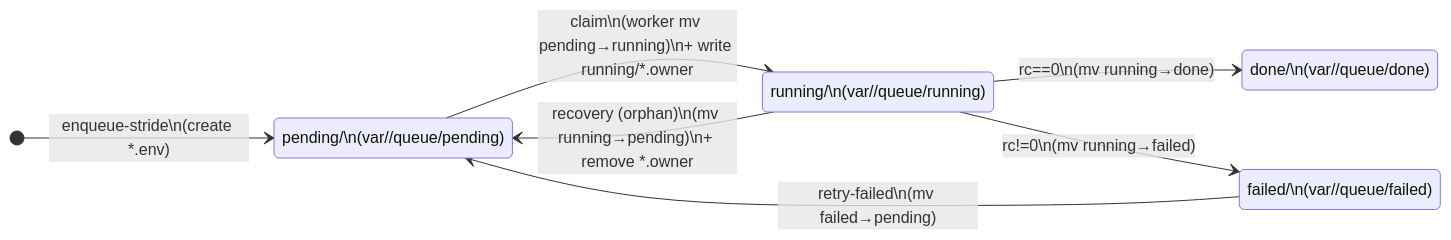
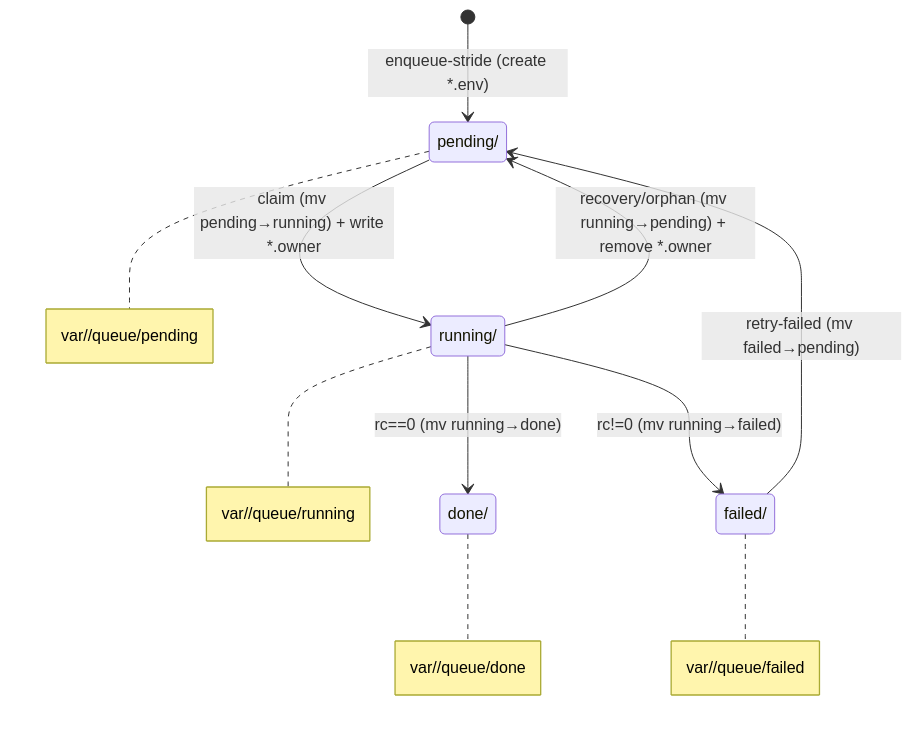
One commit to flengyel/sagequeue changed the diagram in README.md. Above: the diagram before and after it, drawn with Mermaid.

Commit message:
Fixed state machine diagram

````diff
--- a/README.md
+++ b/README.md
@@ -206,19 +206,29 @@
 ```mermaid
 stateDiagram-v2
-  direction LR
+  direction TB
 
-  state "pending/\n(var/<JOBSET>/queue/pending)" as P
-  state "running/\n(var/<JOBSET>/queue/running)" as R
-  state "done/\n(var/<JOBSET>/queue/done)" as D
-  state "failed/\n(var/<JOBSET>/queue/failed)" as F
+  state "pending/" as P
+  state "running/" as R
+  state "done/" as D
+  state "failed/" as F
 
-  [*] --> P: enqueue-stride\n(create *.env)
+  note right of P
+    var/<JOBSET>/queue/pending
+  end note
+  note right of R
+    var/<JOBSET>/queue/running
+  end note
+  note right of D
+    var/<JOBSET>/queue/done
+  end note
+  note right of F
+    var/<JOBSET>/queue/failed
+  end note
 
-  P --> R: claim\n(worker mv pending→running)\n+ write running/*.owner
-
-  R --> D: rc==0\n(mv running→done)
-  R --> F: rc!=0\n(mv running→failed)
-
-  F --> P: retry-failed\n(mv failed→pending)
-  R --> P: recovery (orphan)\n(mv running→pending)\n+ remove *.owner
+  [*] --> P: enqueue-stride (create *.env)
+  P --> R: claim (mv pending→running) + write *.owner
+  R --> D: rc==0 (mv running→done)
+  R --> F: rc!=0 (mv running→failed)
+  F --> P: retry-failed (mv failed→pending)
+  R --> P: recovery/orphan (mv running→pending) + remove *.owner
 ```
````
